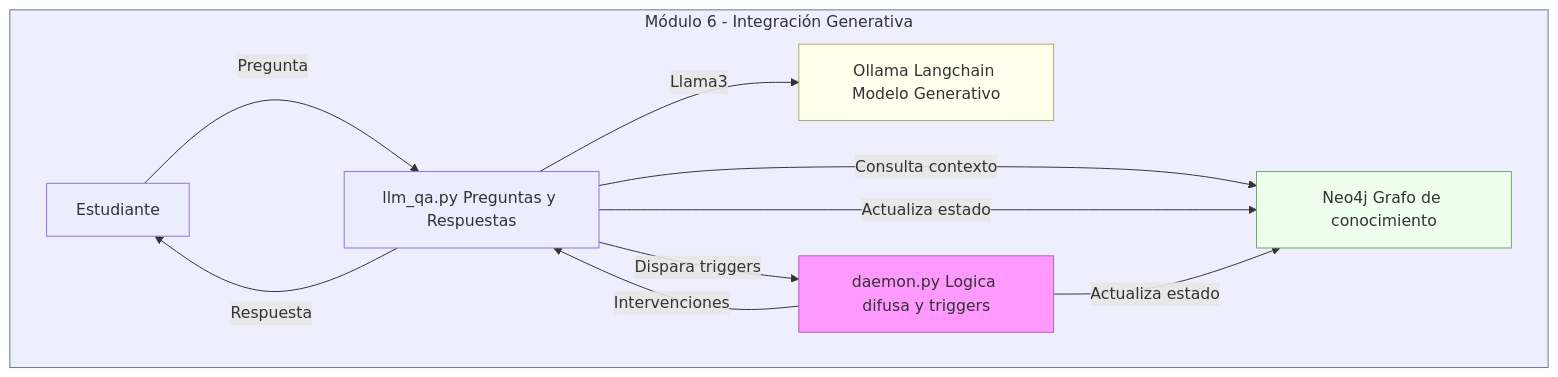
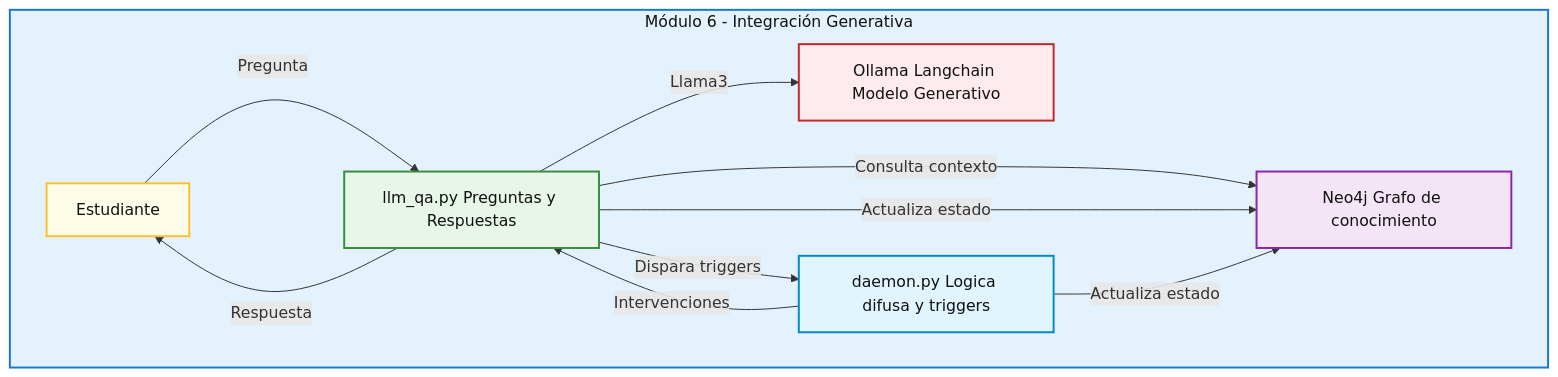
One commit to agudgithub/Inteligencia-Artificial-KataIA changed the diagram in Documentacion_Tecnica/Modulo 6 - Integracion Modulo Generativo/diagrama_generativo.mmd. Above: the diagram before and after it, drawn with Mermaid. The commit also changed 1 other file, not shown here.

```diff
--- a/Documentacion_Tecnica/Modulo 6 - Integracion Modulo Generativo/diagrama_generativo.mmd
+++ b/Documentacion_Tecnica/Modulo 6 - Integracion Modulo Generativo/diagrama_generativo.mmd
@@ -1,15 +1,17 @@
 flowchart TD
     subgraph LLM_Integration["Módulo 6 - Integración Generativa"]
         A[Estudiante] -->|Pregunta| B[llm_qa.py Preguntas y Respuestas]
         B -->|Consulta contexto| C[Neo4j Grafo de conocimiento]
         B -->|Llama3| D[Ollama Langchain Modelo Generativo]
         B -->|Actualiza estado| C
         B -->|Dispara triggers| E[daemon.py Logica difusa y triggers]
         E -->|Actualiza estado| C
         E -->|Intervenciones| B
         B -->|Respuesta| A
     end
-    style LLM_Integration fill:#eef,stroke:#678,stroke-width:1px;
-    style D fill:#ffe,stroke:#aa6,stroke-width:1px;
-    style C fill:#efe,stroke:#6a6,stroke-width:1px;
-    style E fill:#f9f,stroke:#a6a,stroke-width:1px;
+    style LLM_Integration fill:#e3f2fd,stroke:#1976d2,stroke-width:2px,color:#111;
+    style A fill:#fffde7,stroke:#fbc02d,stroke-width:2px,color:#111;
+    style B fill:#e8f5e9,stroke:#388e3c,stroke-width:2px,color:#111;
+    style C fill:#f3e5f5,stroke:#8e24aa,stroke-width:2px,color:#111;
+    style D fill:#ffebee,stroke:#c62828,stroke-width:2px,color:#111;
+    style E fill:#e1f5fe,stroke:#0288d1,stroke-width:2px,color:#111;
```
